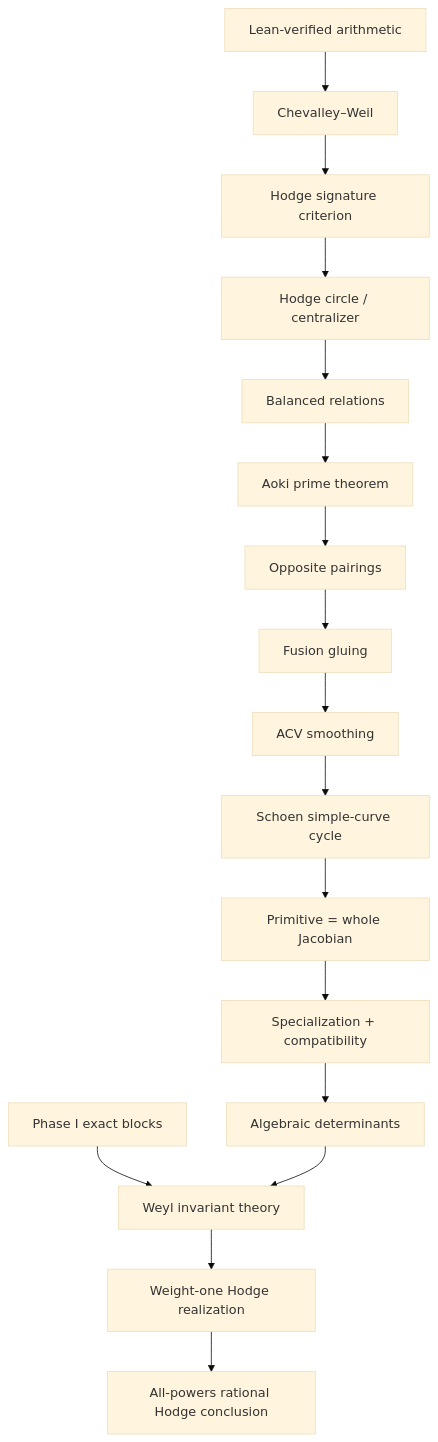
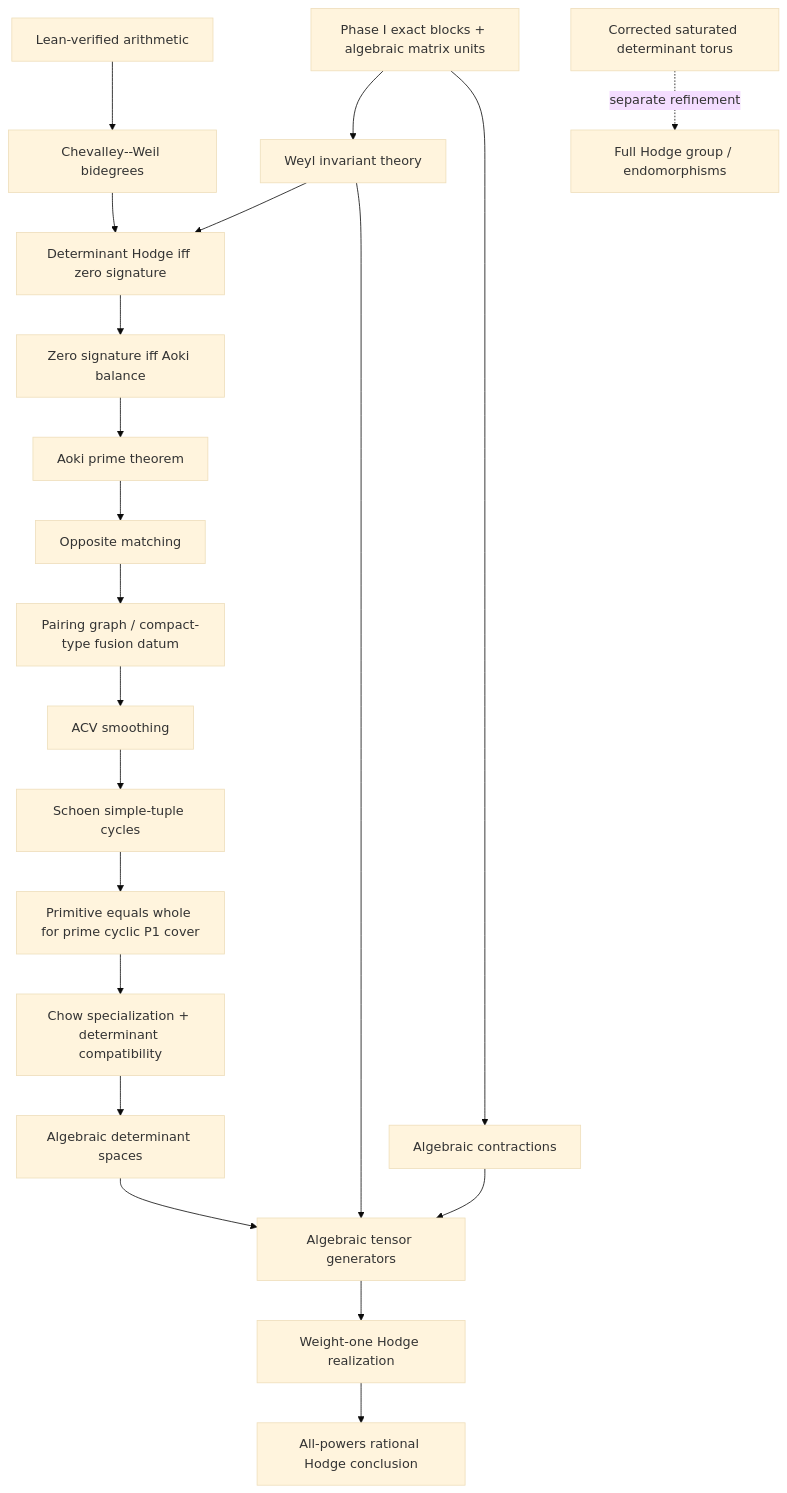
The diagram in docs/DEPENDENCIES.md (KyleJKistner/abelian-cover-hodge-lean), drawn with Mermaid (base theme) before and after one commit. The commit also changed other lines of this file and 5 other files, not shown here.

````diff
--- a/docs/DEPENDENCIES.md
+++ b/docs/DEPENDENCIES.md
@@ -7,19 +7,24 @@
 ```mermaid
 flowchart TD
-  A["Lean-verified arithmetic"] --> CW["Chevalley–Weil"]
-  CW --> HC["Hodge signature criterion"]
-  HC --> T["Hodge circle / centralizer"]
-  T --> B["Balanced relations"]
-  B --> AO["Aoki prime theorem"]
-  AO --> OP["Opposite pairings"]
-  OP --> FG["Fusion gluing"]
-  FG --> ACV["ACV smoothing"]
-  ACV --> SC["Schoen simple-curve cycle"]
-  SC --> PW["Primitive = whole Jacobian"]
-  PW --> SP["Specialization + compatibility"]
-  SP --> DET["Algebraic determinants"]
-  P1["Phase I exact blocks"] --> FFT["Weyl invariant theory"]
-  DET --> FFT
-  FFT --> HR["Weight-one Hodge realization"]
+  A["Lean-verified arithmetic"] --> CW["Chevalley--Weil bidegrees"]
+  P1["Phase I exact blocks + algebraic matrix units"] --> FFT["Weyl invariant theory"]
+  CW --> ZS["Determinant Hodge iff zero signature"]
+  FFT --> ZS
+  ZS --> BAL["Zero signature iff Aoki balance"]
+  BAL --> AO["Aoki prime theorem"]
+  AO --> PAIR["Opposite matching"]
+  PAIR --> FUS["Pairing graph / compact-type fusion datum"]
+  FUS --> ACV["ACV smoothing"]
+  ACV --> SCH["Schoen simple-tuple cycles"]
+  SCH --> PW["Primitive equals whole for prime cyclic P1 cover"]
+  PW --> SP["Chow specialization + determinant compatibility"]
+  SP --> DET["Algebraic determinant spaces"]
+  P1 --> CON["Algebraic contractions"]
+  FFT --> GEN["Algebraic tensor generators"]
+  DET --> GEN
+  CON --> GEN
+  GEN --> HR["Weight-one Hodge realization"]
   HR --> GOAL["All-powers rational Hodge conclusion"]
+
+  TOR["Corrected saturated determinant torus"] -. "separate refinement" .-> FULL["Full Hodge group / endomorphisms"]
 ```
````
